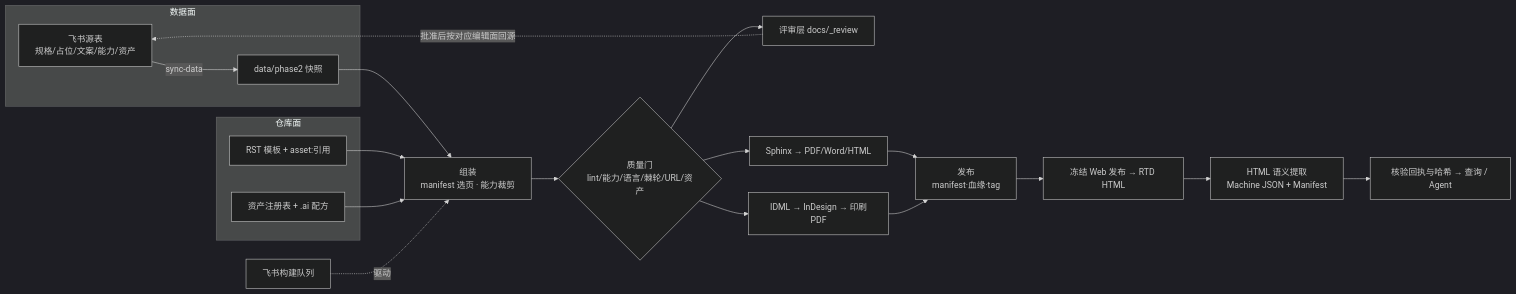
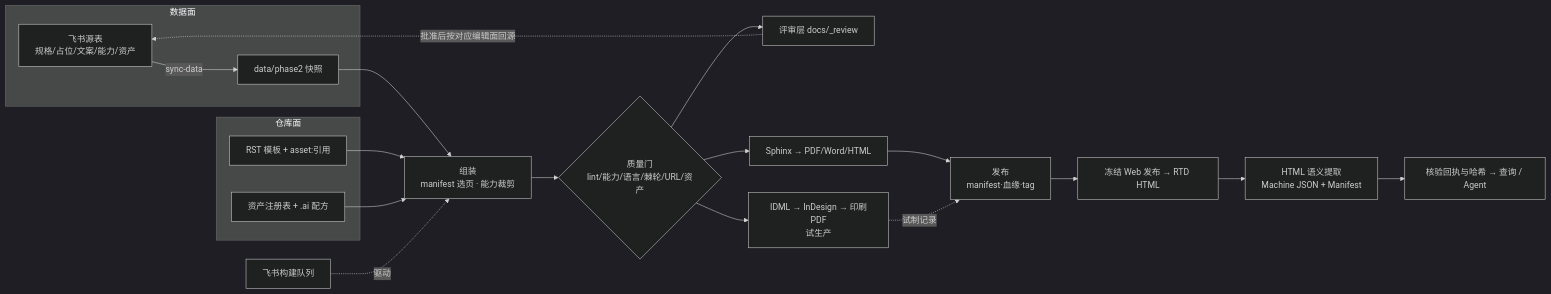
One commit to Bingboom/auto-manual changed the first of 2 diagrams in code-as-doc/architecture/system_evolution_history.md. Above: the diagram before and after it, drawn with Mermaid (dark theme). The commit also changed other lines of this file and 7 other files, not shown here.

````diff
--- a/code-as-doc/architecture/system_evolution_history.md
+++ b/code-as-doc/architecture/system_evolution_history.md
@@ -44,23 +46,24 @@
 ```mermaid
 flowchart LR
   subgraph 数据面
     F[飞书源表<br/>规格/占位/文案/能力/资产] --sync-data--> S[data/phase2 快照]
   end
   subgraph 仓库面
     T[RST 模板 + asset:引用]
     A[资产注册表 + .ai 配方]
   end
   S --> ASM[组装<br/>manifest 选页 · 能力裁剪]
   T --> ASM
   A --> ASM
   ASM --> G{质量门<br/>lint/能力/语言/棘轮/URL/资产}
   G --> R[评审层 docs/_review]
   R -.批准后按对应编辑面回源.-> F
   G --> OUT1[Sphinx → PDF/Word/HTML]
-  G --> OUT2[IDML → InDesign → 印刷PDF]
-  OUT1 & OUT2 --> REL[发布<br/>manifest·血缘·tag]
+  G --> OUT2[IDML → InDesign → 印刷PDF<br/>试生产]
+  OUT1 --> REL[发布<br/>manifest·血缘·tag]
+  OUT2 -.试制记录.-> REL
   Q[飞书构建队列] -.驱动.-> ASM
   REL --> WEB[冻结 Web 发布 → RTD HTML]
   WEB --> MACHINE[HTML 语义提取<br/>Machine JSON + Manifest]
   MACHINE --> READ[核验回执与哈希 → 查询 / Agent]
 ```
````
